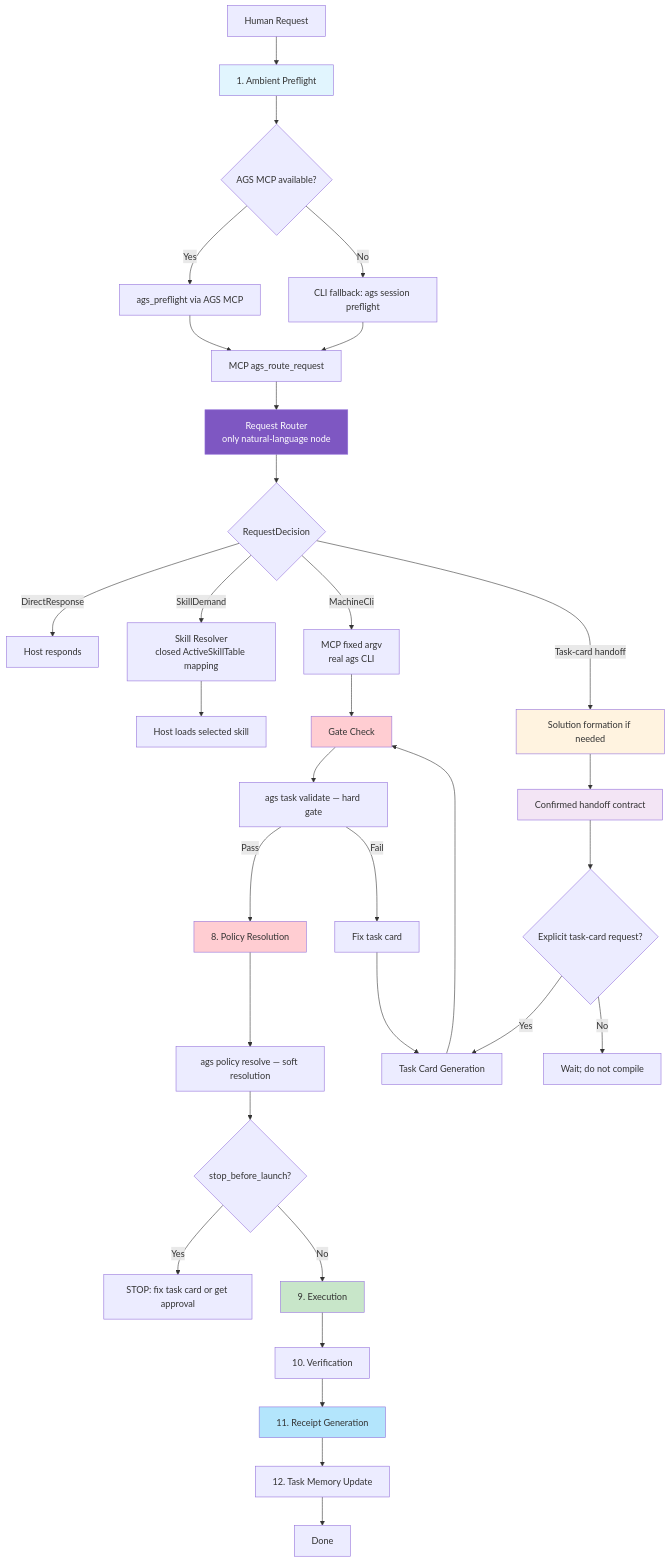
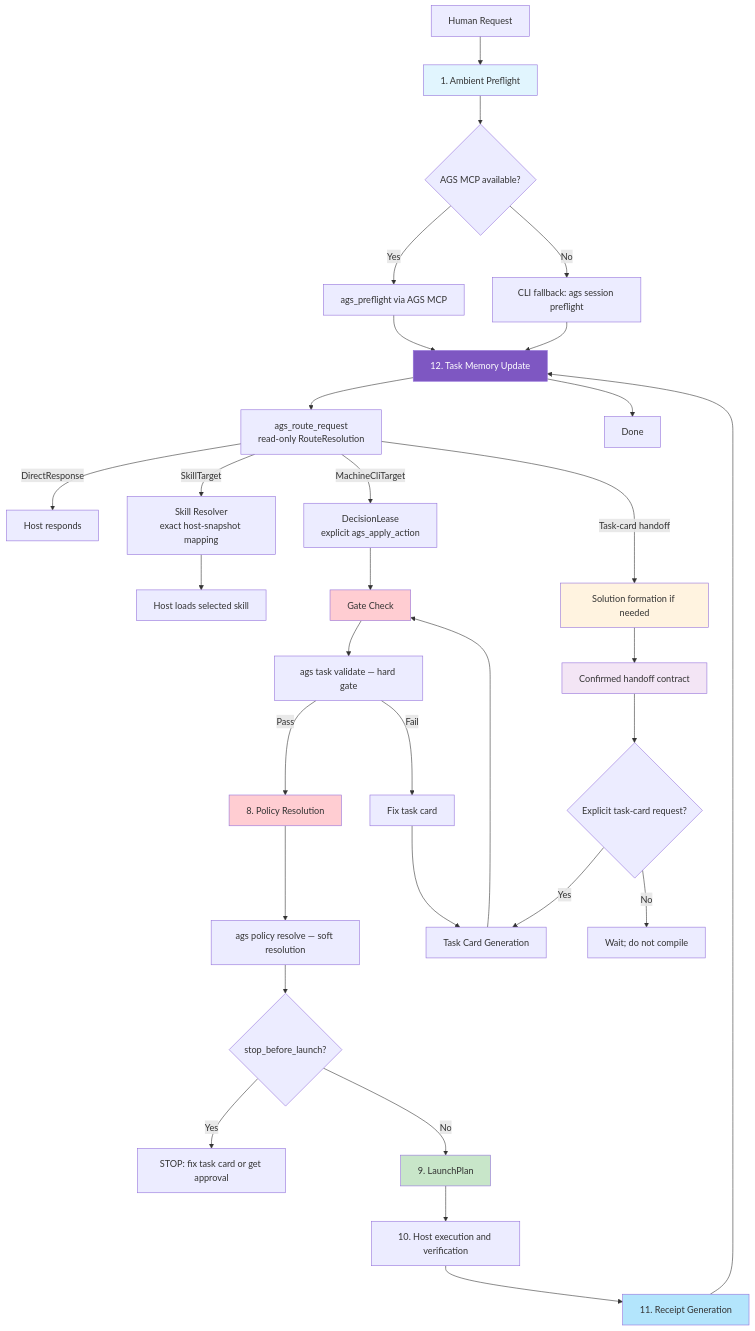
Before and after one commit to FernandeZ-hjm/Agent-General-Staff: the first of 5 diagrams in docs/architecture.md, drawn with Mermaid. The commit also changed other lines of this file and 5 other files, not shown here.

Commit message:
docs: align public architecture with 0.3

````diff
--- a/docs/architecture.md
+++ b/docs/architecture.md
@@ -13,43 +14,42 @@
 ```mermaid
 flowchart TD
     A[Human Request] --> B[1. Ambient Preflight]
     B --> B0{AGS MCP available?}
     B0 -->|Yes| B1[ags_preflight via AGS MCP]
     B0 -->|No| B1F[CLI fallback: ags session preflight]
-    B1 --> MCP[MCP ags_route_request]
-    B1F --> MCP
-    MCP --> RR[Request Router<br/>only natural-language node]
-    RR --> RD{RequestDecision}
+    B1 --> P[HostRouteProposal]
+    B1F --> P
+    P --> RD[ags_route_request<br/>read-only RouteResolution]
     RD -->|DirectResponse| DIRECT[Host responds]
-    RD -->|SkillDemand| SR[Skill Resolver<br/>closed ActiveSkillTable mapping]
-    RD -->|MachineCli| FIXED[MCP fixed argv<br/>real ags CLI]
+    RD -->|SkillTarget| SR[Skill Resolver<br/>exact host-snapshot mapping]
+    RD -->|MachineCliTarget| FIXED[DecisionLease<br/>explicit ags_apply_action]
     SR --> SKILL[Host loads selected skill]
     FIXED --> J[Structured capability input]
     RD -->|Task-card handoff| C[Solution formation if needed]
     C --> E[Confirmed handoff contract]
     E --> F{Explicit task-card request?}
     F -->|Yes| I[Task Card Generation]
     F -->|No| F_WAIT[Wait; do not compile]
     I --> J[Gate Check]
     J --> J1[ags task validate — hard gate]
     J1 -->|Pass| K[8. Policy Resolution]
     J1 -->|Fail| J_FAIL[Fix task card]
     J_FAIL --> I
     K --> K1[ags policy resolve — soft resolution]
     K1 --> L{stop_before_launch?}
     L -->|Yes| L_STOP[STOP: fix task card or get approval]
-    L -->|No| M[9. Execution]
-    M --> N[10. Verification]
+    L -->|No| M[9. LaunchPlan]
+    M --> N[10. Host execution and verification]
     N --> O[11. Receipt Generation]
     O --> P[12. Task Memory Update]
     P --> Q[Done]
 
     style B fill:#e1f5fe
     style C fill:#fff3e0
-    style RR fill:#7e57c2,color:#fff
+    style P fill:#7e57c2,color:#fff
     style E fill:#f3e5f5
     style J fill:#ffcdd2
     style K fill:#ffcdd2
     style M fill:#c8e6c9
     style O fill:#b3e5fc
 ```
````
